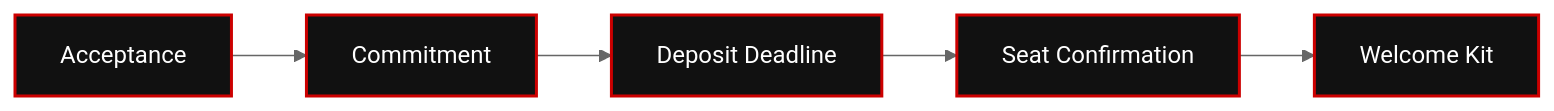
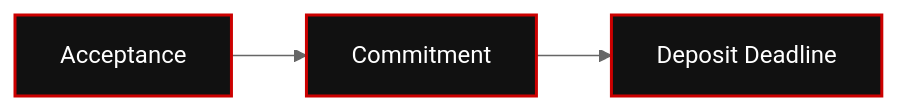
Before and after one commit to RIAHPathway/Website-Draft: the first of 2 diagrams in RIAH-PATHWAY-WEBSITE-WIREFRAMES-STRUCTURE/11. ADMISSIONS/11.4-ACCEPTANCE-AND-ENROLLMENT-WIREFRAME.md, drawn with Mermaid (neutral theme). The commit also changed other lines of this file, not shown here.

Commit message:
RIAH Pathway.

````diff
--- a/RIAH-PATHWAY-WEBSITE-WIREFRAMES-STRUCTURE/11. ADMISSIONS/11.4-ACCEPTANCE-AND-ENROLLMENT-WIREFRAME.md
+++ b/RIAH-PATHWAY-WEBSITE-WIREFRAMES-STRUCTURE/11. ADMISSIONS/11.4-ACCEPTANCE-AND-ENROLLMENT-WIREFRAME.md
@@ -211,14 +21,10 @@
 ```mermaid
 flowchart LR
     N0["Acceptance"]
     N1["Commitment"]
     N2["Deposit Deadline"]
-    N3["Seat Confirmation"]
-    N4["Welcome Kit"]
     N0 --> N1
     N1 --> N2
-    N2 --> N3
-    N3 --> N4
     classDef riah fill:#111111,stroke:#CC0000,color:#FFFFFF,stroke-width:2px;
-    class N0,N1,N2,N3,N4 riah;
+    class N0,N1,N2 riah;
 ```
````
